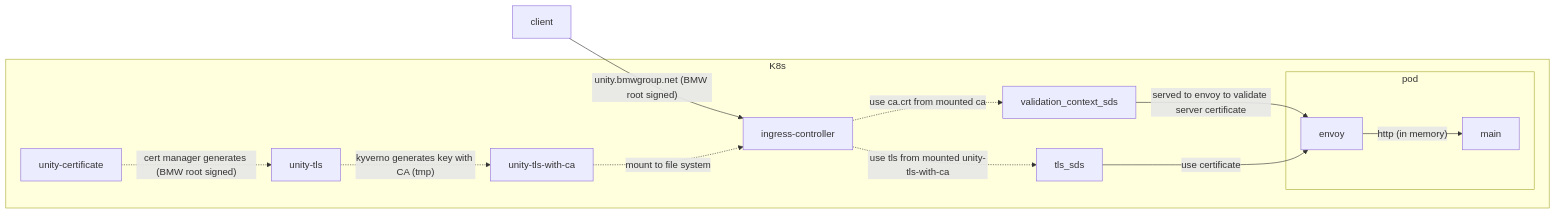
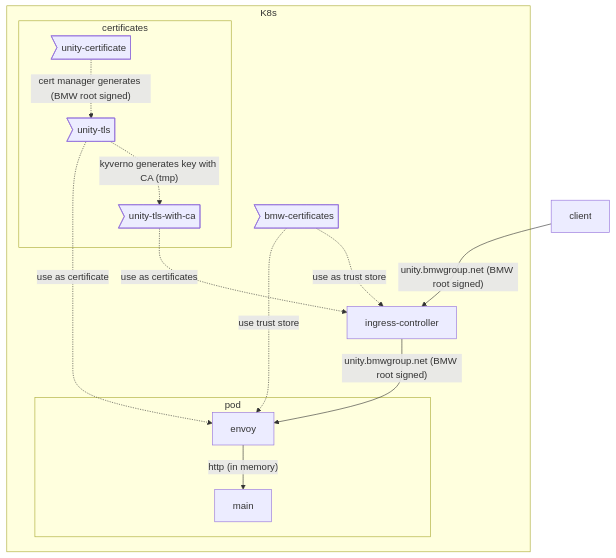
The diagram in docs/dev-ops-handbook/certs.md (RomanKue/docs-example), drawn with Mermaid before and after one commit. The commit also changed other lines of this file, not shown here.

````diff
--- a/docs/dev-ops-handbook/certs.md
+++ b/docs/dev-ops-handbook/certs.md
@@ -34,18 +34,23 @@
 ```mermaid
-graph LR
+graph TB
     client-- "unity.bmwgroup.net (BMW root signed)" -->ingress-controller
 
     subgraph K8s
-      unity-certificate-. "cert manager generates (BMW root signed)" .->unity-tls
-      unity-tls-."kyverno generates key with CA (tmp)" .->unity-tls-with-ca
-      unity-tls-with-ca-."mount to file system" .->ingress-controller
-      ingress-controller-. "use ca.crt from mounted ca" .-> validation_context_sds
-      ingress-controller-. "use tls from mounted unity-tls-with-ca" .-> tls_sds
-      validation_context_sds-- "served to envoy to validate server certificate" -->envoy
-      tls_sds-- "use certificate" -->envoy
+      subgraph certificates
+          unity-certificate>unity-certificate]-. "cert manager generates (BMW root signed)" .->unity-tls>unity-tls]
+          unity-tls>unity-tls]-."kyverno generates key with CA (tmp)" .->unity-tls-with-ca>unity-tls-with-ca]
+      end
 
+      bmw-certificates>bmw-certificates]-. "use as trust store" .->ingress-controller
+      
+      unity-tls-with-ca-."use as certificates" .->ingress-controller
+      ingress-controller-- "unity.bmwgroup.net (BMW root signed)" -->envoy
+
+      bmw-certificates>bmw-certificates]-. "use trust store" .->envoy
+      
       subgraph pod
+          unity-tls>unity-tls]-."use as certificate" .->envoy
           envoy-- "http (in memory)" -->main
       end
     end
 ```
````
